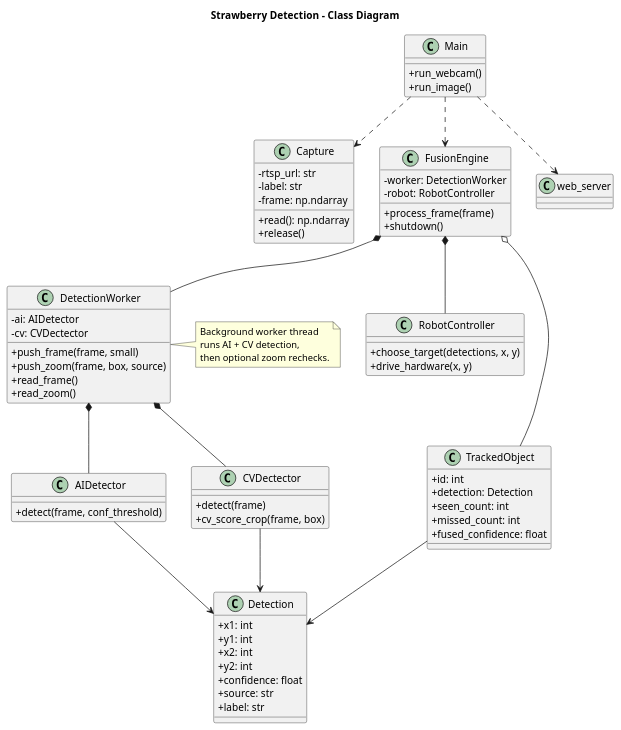
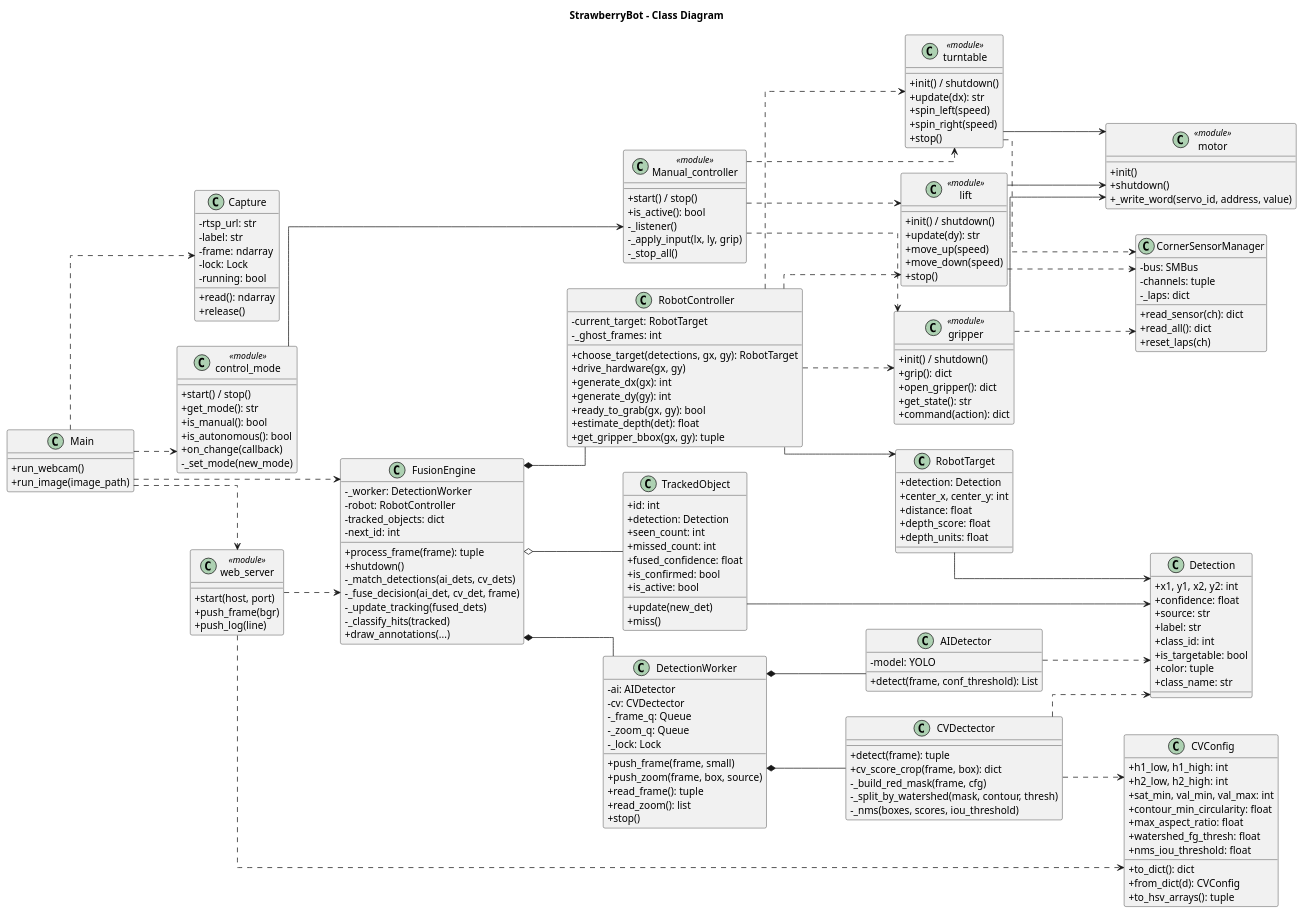
Before and after one commit to mr-matthias1829/StrawberryBot: the diagram in plantuml/strawberry_detection_class.puml, drawn with PlantUML. The commit also changed 9 other files, not shown here.

Commit message:
updated uml and worked on some of the views. UPDATE AND FINISH THIS WHEN CODE IS NEARLY FINISHED

```diff
--- a/plantuml/strawberry_detection_class.puml
+++ b/plantuml/strawberry_detection_class.puml
@@ -1,59 +1,72 @@
 @startuml
-title Strawberry Detection - Class Diagram
+title StrawberryBot - Class Diagram
 skinparam classAttributeIconSize 0
-skinparam packageStyle rectangle
+skinparam linetype ortho
+left to right direction
 
 class Main {
   +run_webcam()
-  +run_image()
+  +run_image(image_path)
 }
 
 class Capture {
   -rtsp_url: str
   -label: str
-  -frame: np.ndarray
-  +read(): np.ndarray
+  -frame: ndarray
+  -lock: Lock
+  -running: bool
+  +read(): ndarray
   +release()
 }
 
-class FusionEngine {
-  -worker: DetectionWorker
-  -robot: RobotController
-  +process_frame(frame)
-  +shutdown()
+class Detection {
+  +x1, y1, x2, y2: int
+  +confidence: float
+  +source: str
+  +label: str
+  +class_id: int
+  +is_targetable: bool
+  +color: tuple
+  +class_name: str
+}
+
+class CVConfig {
+  +h1_low, h1_high: int
+  +h2_low, h2_high: int
+  +sat_min, val_min, val_max: int
+  +contour_min_circularity: float
+  +max_aspect_ratio: float
+  +watershed_fg_thresh: float
+  +nms_iou_threshold: float
+  +to_dict(): dict
+  +from_dict(d): CVConfig
+  +to_hsv_arrays(): tuple
+}
+
+class AIDetector {
+  -model: YOLO
+  +detect(frame, conf_threshold): List
+}
+
+class CVDectector {
+  +detect(frame): tuple
+  +cv_score_crop(frame, box): dict
+  -_build_red_mask(frame, cfg)
+  -_split_by_watershed(mask, contour, thresh)
+  -_nms(boxes, scores, iou_threshold)
 }
 
 class DetectionWorker {
   -ai: AIDetector
   -cv: CVDectector
+  -_frame_q: Queue
+  -_zoom_q: Queue
+  -_lock: Lock
   +push_frame(frame, small)
   +push_zoom(frame, box, source)
-  +read_frame()
-  +read_zoom()
-}
-
-class AIDetector {
-  +detect(frame, conf_threshold)
-}
-
-class CVDectector {
-  +detect(frame)
-  +cv_score_crop(frame, box)
-}
-
-class RobotController {
-  +choose_target(detections, x, y)
-  +drive_hardware(x, y)
-}
-
-class Detection {
-  +x1: int
-  +y1: int
-  +x2: int
-  +y2: int
-  +confidence: float
-  +source: str
-  +label: str
+  +read_frame(): tuple
+  +read_zoom(): list
+  +stop()
 }
 
 class TrackedObject {
@@ -62,24 +75,150 @@
   +seen_count: int
   +missed_count: int
   +fused_confidence: float
+  +update(new_det)
+  +miss()
+  +is_confirmed: bool
+  +is_active: bool
 }
 
+class FusionEngine {
+  -_worker: DetectionWorker
+  -robot: RobotController
+  -tracked_objects: dict
+  -next_id: int
+  +process_frame(frame): tuple
+  +shutdown()
+  -_match_detections(ai_dets, cv_dets)
+  -_fuse_decision(ai_det, cv_det, frame)
+  -_update_tracking(fused_dets)
+  -_classify_hits(tracked)
+  +draw_annotations(...)
+}
+
+class RobotTarget {
+  +detection: Detection
+  +center_x, center_y: int
+  +distance: float
+  +depth_score: float
+  +depth_units: float
+}
+
+class RobotController {
+  -current_target: RobotTarget
+  -_ghost_frames: int
+  +choose_target(detections, gx, gy): RobotTarget
+  +drive_hardware(gx, gy)
+  +generate_dx(gx): int
+  +generate_dy(gy): int
+  +ready_to_grab(gx, gy): bool
+  +estimate_depth(det): float
+  +get_gripper_bbox(gx, gy): tuple
+}
+
+class motor <<module>> {
+  +init()
+  +shutdown()
+  +_write_word(servo_id, address, value)
+}
+
+class turntable <<module>> {
+  +init() / shutdown()
+  +update(dx): str
+  +spin_left(speed)
+  +spin_right(speed)
+  +stop()
+}
+
+class lift <<module>> {
+  +init() / shutdown()
+  +update(dy): str
+  +move_up(speed)
+  +move_down(speed)
+  +stop()
+}
+
+class gripper <<module>> {
+  +init() / shutdown()
+  +grip(): dict
+  +open_gripper(): dict
+  +get_state(): str
+  +command(action): dict
+}
+
+class CornerSensorManager {
+  -bus: SMBus
+  -channels: tuple
+  -_laps: dict
+  +read_sensor(ch): dict
+  +read_all(): dict
+  +reset_laps(ch)
+}
+
+class control_mode <<module>> {
+  +start() / stop()
+  +get_mode(): str
+  +is_manual(): bool
+  +is_autonomous(): bool
+  +on_change(callback)
+  -_set_mode(new_mode)
+}
+
+class Manual_controller <<module>> {
+  +start() / stop()
+  +is_active(): bool
+  -_listener()
+  -_apply_input(lx, ly, grip)
+  -_stop_all()
+}
+
+class web_server <<module>> {
+  +start(host, port)
+  +push_frame(bgr)
+  +push_log(line)
+}
+
+' Entry
 Main ..> Capture
 Main ..> FusionEngine
+Main ..> control_mode
 Main ..> web_server
+
+' Fusion internals
 FusionEngine *-- DetectionWorker
 FusionEngine *-- RobotController
+FusionEngine o-- TrackedObject
 DetectionWorker *-- AIDetector
 DetectionWorker *-- CVDectector
-FusionEngine o-- TrackedObject
+
+' Detection data
 TrackedObject --> Detection
-AIDetector --> Detection
-CVDectector --> Detection
+AIDetector ..> Detection
+CVDectector ..> Detection
+CVDectector ..> CVConfig
 
-note right of DetectionWorker
-Background worker thread
-runs AI + CV detection,
-then optional zoom rechecks.
-end note
+' Robot
+RobotController --> RobotTarget
+RobotTarget --> Detection
+RobotController ..> turntable
+RobotController ..> lift
+RobotController ..> gripper
+
+' Hardware
+turntable --> motor
+lift --> motor
+gripper --> motor
+turntable ..> CornerSensorManager
+lift ..> CornerSensorManager
+gripper ..> CornerSensorManager
+
+' Control mode
+control_mode --> Manual_controller
+Manual_controller ..> turntable
+Manual_controller ..> lift
+Manual_controller ..> gripper
+
+' Web
+web_server ..> CVConfig
+web_server ..> FusionEngine
 
 @enduml
```
